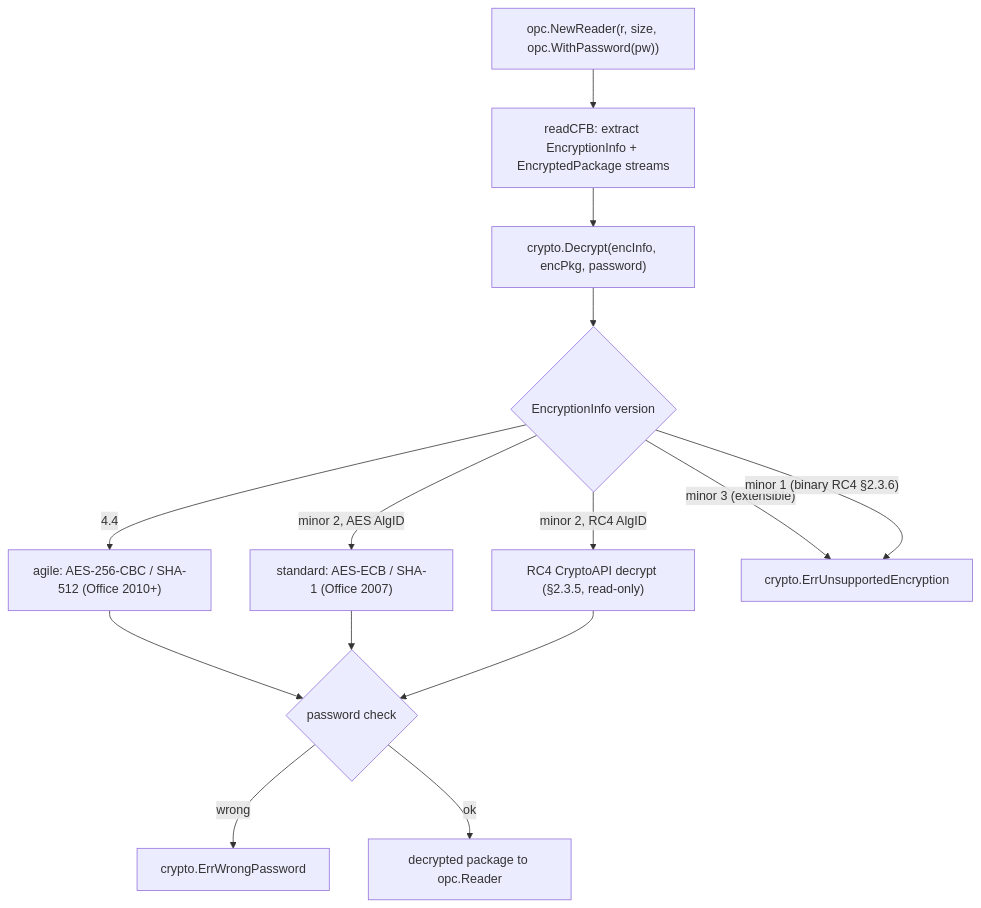
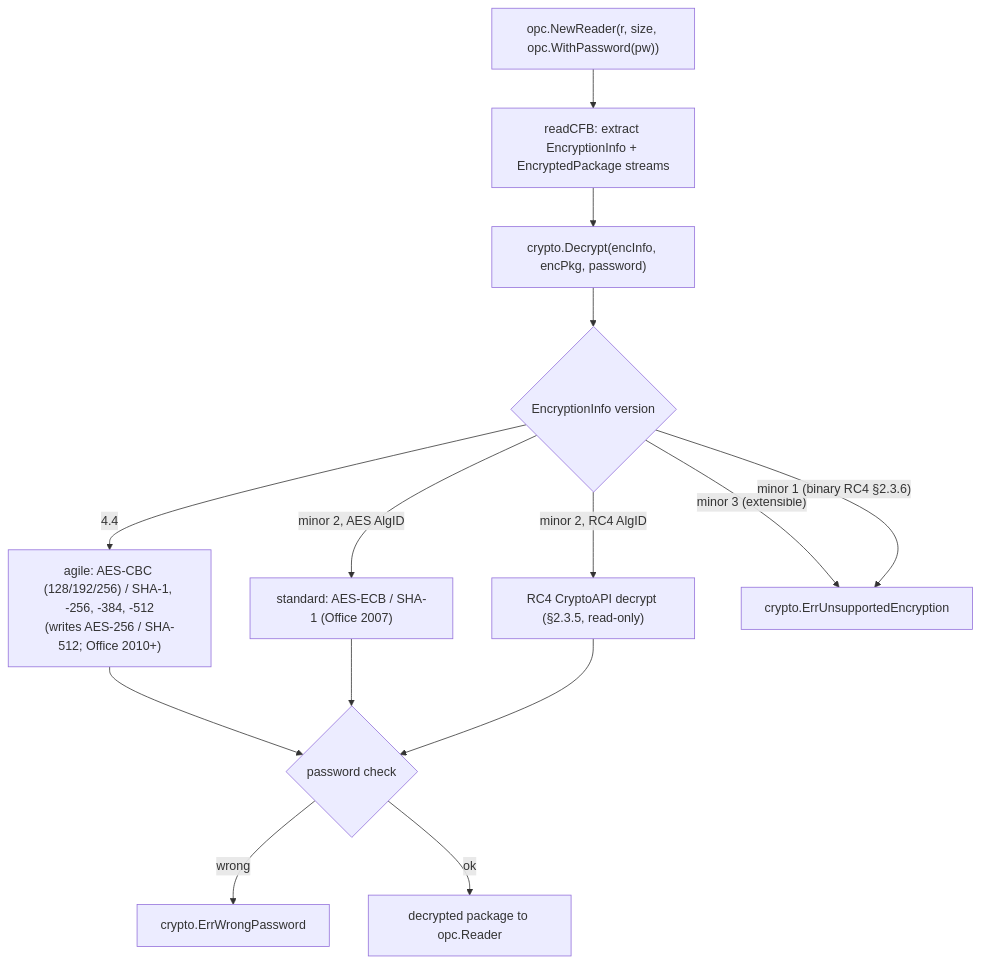
Before and after one commit to mgilbir/spine: the diagram in docs/encryption-and-signing.md, drawn with Mermaid. The commit also changed other lines of this file and 5 other files, not shown here.

````diff
--- a/docs/encryption-and-signing.md
+++ b/docs/encryption-and-signing.md
@@ -110,16 +126,16 @@
 ```mermaid
 flowchart TD
     A["opc.NewReader(r, size, opc.WithPassword(pw))"] --> C["readCFB: extract EncryptionInfo + EncryptedPackage streams"]
     C --> D["crypto.Decrypt(encInfo, encPkg, password)"]
     D --> V{"EncryptionInfo version"}
-    V -- "4.4" --> AG["agile: AES-256-CBC / SHA-512 (Office 2010+)"]
+    V -- "4.4" --> AG["agile: AES-CBC (128/192/256) / SHA-1, -256, -384, -512<br/>(writes AES-256 / SHA-512; Office 2010+)"]
     V -- "minor 2, AES AlgID" --> ST["standard: AES-ECB / SHA-1 (Office 2007)"]
     V -- "minor 2, RC4 AlgID" --> RC["RC4 CryptoAPI decrypt (§2.3.5, read-only)"]
     V -- "minor 3 (extensible)" --> U["crypto.ErrUnsupportedEncryption"]
     V -- "minor 1 (binary RC4 §2.3.6)" --> U
     AG --> K{"password check"}
     ST --> K
     RC --> K
     K -- "wrong" --> W["crypto.ErrWrongPassword"]
     K -- "ok" --> P["decrypted package to opc.Reader"]
 ```
````
